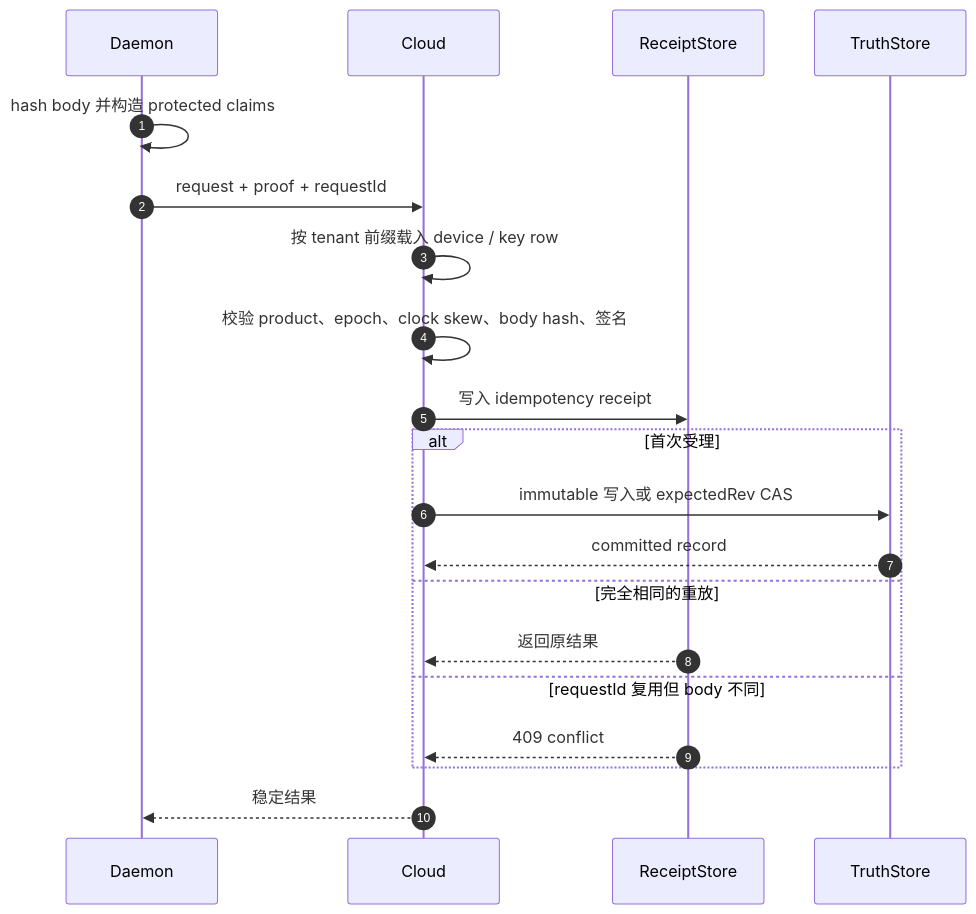
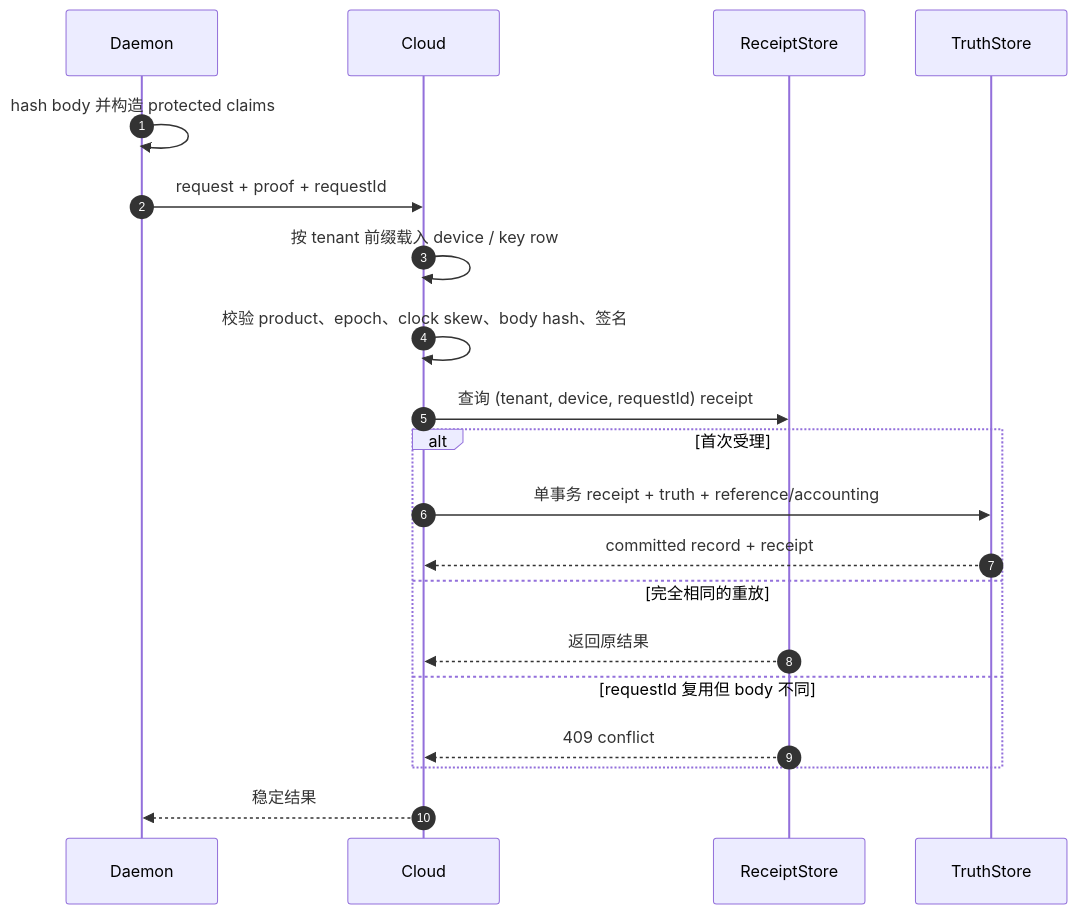
Before and after one commit to Ancienttwo/byok-sdk: diagram 21 of 23 in docs/architecture/sdk-architecture.md, drawn with Mermaid. The commit also changed other lines of this file and 30 other files, not shown here.

````diff
--- a/docs/architecture/sdk-architecture.md
+++ b/docs/architecture/sdk-architecture.md
@@ -1169,23 +1169,23 @@
 ```mermaid
 sequenceDiagram
   autonumber
   participant D as Daemon
   participant C as Cloud
   participant R as ReceiptStore
   participant T as TruthStore
 
   D->>D: hash body 并构造 protected claims
   D->>C: request + proof + requestId
   C->>C: 按 tenant 前缀载入 device / key row
   C->>C: 校验 product、epoch、clock skew、body hash、签名
-  C->>R: 写入 idempotency receipt
+  C->>R: 查询 (tenant, device, requestId) receipt
   alt 首次受理
-    C->>T: immutable 写入或 expectedRev CAS
-    T-->>C: committed record
+    C->>T: 单事务 receipt + truth + reference/accounting
+    T-->>C: committed record + receipt
   else 完全相同的重放
     R-->>C: 返回原结果
   else requestId 复用但 body 不同
     R-->>C: 409 conflict
   end
   C-->>D: 稳定结果
 ```
````
